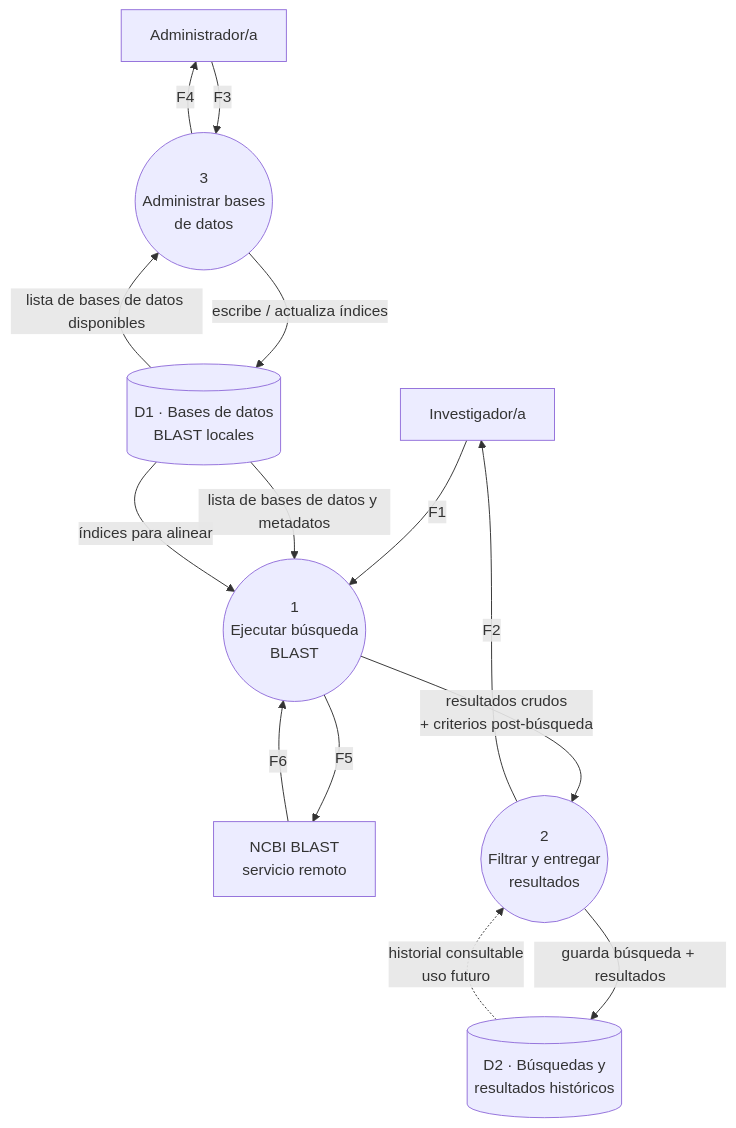
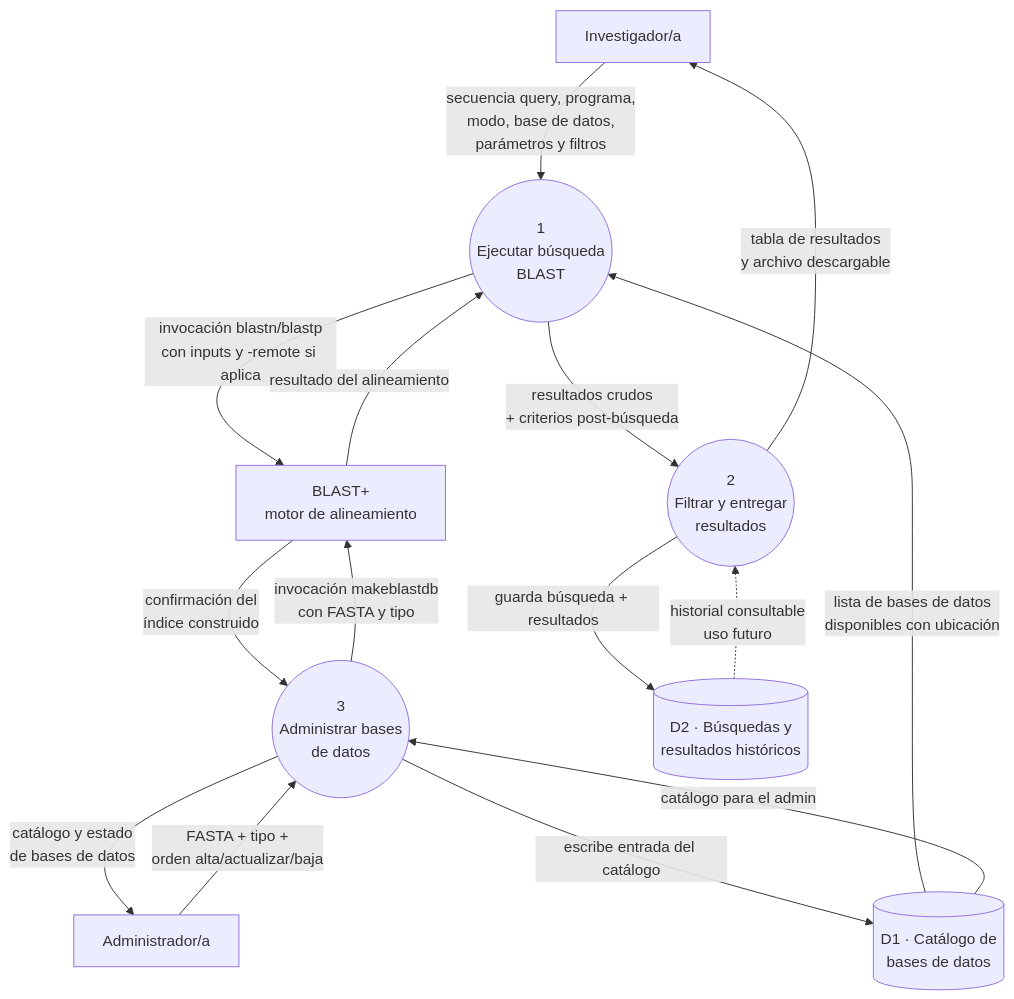
The second of 2 diagrams in docs/architecture/contexto-inicial.md (agwursten/Secondary-Repo-GUI-Blast), drawn with Mermaid before and after one commit. The commit also changed other lines of this file and 5 other files, not shown here.

````diff
--- a/docs/architecture/contexto-inicial.md
+++ b/docs/architecture/contexto-inicial.md
@@ -51,37 +45,38 @@
 ```mermaid
 flowchart TD
     INV[Investigador/a]
     ADM[Administrador/a]
-    NCBI[NCBI BLAST<br/>servicio remoto]
+    BLAST[BLAST+<br/>motor de alineamiento]
 
     P1((1<br/>Ejecutar búsqueda<br/>BLAST))
     P2((2<br/>Filtrar y entregar<br/>resultados))
     P3((3<br/>Administrar bases<br/>de datos))
 
-    D1[(D1 · Bases de datos<br/>BLAST locales)]
+    D1[(D1 · Catálogo de<br/>bases de datos)]
     D2[(D2 · Búsquedas y<br/>resultados históricos)]
 
     %% Flujos externos — Investigador
-    INV -->|F1| P1
-    P2 -->|F2| INV
+    INV -->|secuencia query, programa,<br/>modo, base de datos,<br/>parámetros y filtros| P1
+    P2 -->|tabla de resultados<br/>y archivo descargable| INV
 
     %% Flujos externos — Administrador
-    ADM -->|F3| P3
-    P3 -->|F4| ADM
+    ADM -->|FASTA + tipo +<br/>orden alta/actualizar/baja| P3
+    P3 -->|catálogo y estado<br/>de bases de datos| ADM
 
-    %% Flujos externos — NCBI
-    P1 -->|F5| NCBI
-    NCBI -->|F6| P1
+    %% Flujos externos — BLAST+
+    P1 -->|invocación blastn/blastp<br/>con inputs y -remote si aplica| BLAST
+    BLAST -->|resultado del alineamiento| P1
+    P3 -->|invocación makeblastdb<br/>con FASTA y tipo| BLAST
+    BLAST -->|confirmación del<br/>índice construido| P3
 
     %% Flujos internos entre procesos
     P1 -->|resultados crudos<br/>+ criterios post-búsqueda| P2
 
     %% Flujos con almacenes
-    P3 -->|escribe / actualiza índices| D1
-    D1 -->|lista de bases de datos y metadatos| P1
-    D1 -->|índices para alinear| P1
-    D1 -->|lista de bases de datos disponibles| P3
+    P3 -->|escribe entrada del catálogo| D1
+    D1 -->|lista de bases de datos<br/>disponibles con ubicación| P1
+    D1 -->|catálogo para el admin| P3
 
     P2 -->|guarda búsqueda + resultados| D2
     D2 -.->|historial consultable<br/>uso futuro| P2
 ```
````
